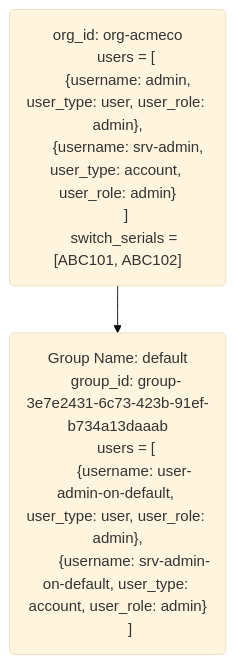
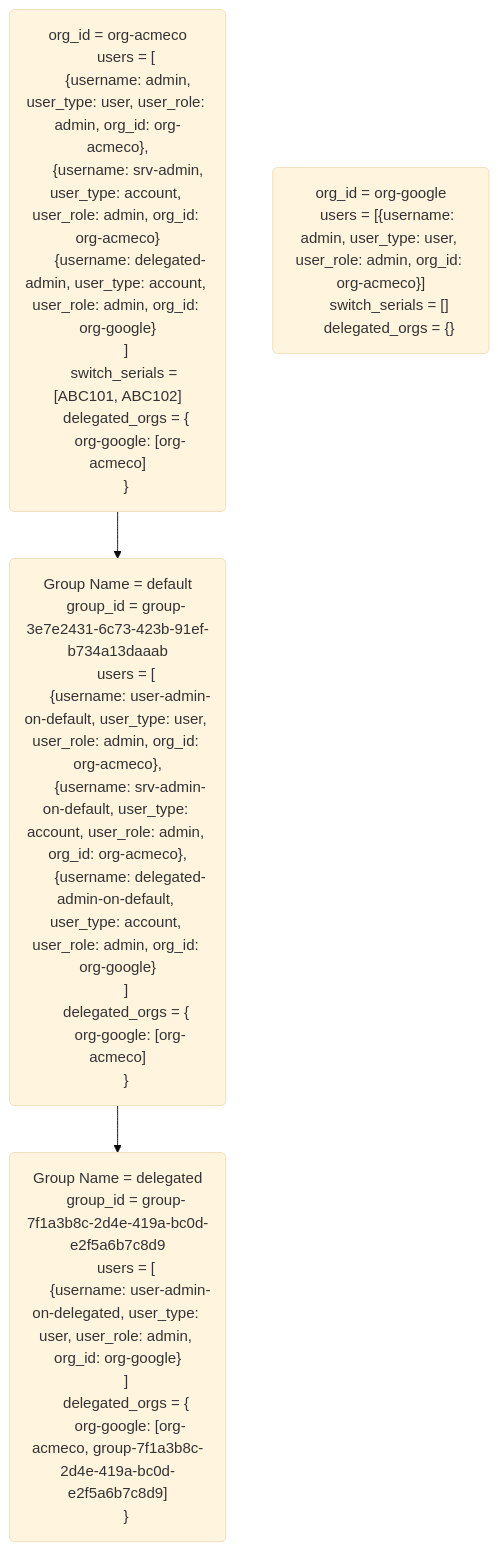
Before and after one commit to openconfig/ovgs: the fourth of 4 diagrams in docs/service-overview.md, drawn with Mermaid (base theme). The commit also changed other lines of this file and 1 other file, not shown here.

Commit message:
Proto changes to add support for cross-org group delegation.

````diff
--- a/docs/service-overview.md
+++ b/docs/service-overview.md
@@ -636,24 +833,50 @@
 ```mermaid
 %%{init: {"flowchart": {"htmlLabels": false}} }%%
 flowchart TB
-
-    orgBlock("
-    org_id: org-acmeco
+  orgBlock("
+    org_id = org-acmeco
     users = [
-      {username: admin, user_type: user, user_role: admin},
-      {username: srv-admin, user_type: account, user_role: admin}
+      {username: admin, user_type: user, user_role: admin, org_id: org-acmeco},
+      {username: srv-admin, user_type: account, user_role: admin, org_id: org-acmeco}
+      {username: delegated-admin, user_type: account, user_role: admin, org_id: org-google}
     ]
     switch_serials = [ABC101, ABC102]
-    ")
+    delegated_orgs = {
+      org-google: [org-acmeco]
+    }
+  ")
 
-    defaultGroup("
-    Group Name: default
-    group_id: group-3e7e2431-6c73-423b-91ef-b734a13daaab
+  orgBlock2("
+    org_id = org-google
+    users = [{username: admin, user_type: user, user_role: admin, org_id: org-acmeco}]
+    switch_serials = []
+    delegated_orgs = {}
+  ")
+
+  defaultGroup("
+    Group Name = default
+    group_id = group-3e7e2431-6c73-423b-91ef-b734a13daaab
     users = [
-        {username: user-admin-on-default, user_type: user, user_role: admin},
-        {username: srv-admin-on-default, user_type: account, user_role: admin}
-      ]
-    ")
+      {username: user-admin-on-default, user_type: user, user_role: admin, org_id: org-acmeco},
+      {username: srv-admin-on-default, user_type: account, user_role: admin, org_id: org-acmeco},
+      {username: delegated-admin-on-default, user_type: account, user_role: admin, org_id: org-google}
+    ]
+    delegated_orgs = {
+      org-google: [org-acmeco]
+    }
+  ")
 
-    orgBlock --> defaultGroup
+  delegatedGroup("
+    Group Name = delegated
+    group_id = group-7f1a3b8c-2d4e-419a-bc0d-e2f5a6b7c8d9
+    users = [
+      {username: user-admin-on-delegated, user_type: user, user_role: admin, org_id: org-google}
+    ]
+    delegated_orgs = {
+      org-google: [org-acmeco, group-7f1a3b8c-2d4e-419a-bc0d-e2f5a6b7c8d9]
+    }
+  ")
+
+  orgBlock --> defaultGroup
+  defaultGroup --> delegatedGroup
 ```
````
